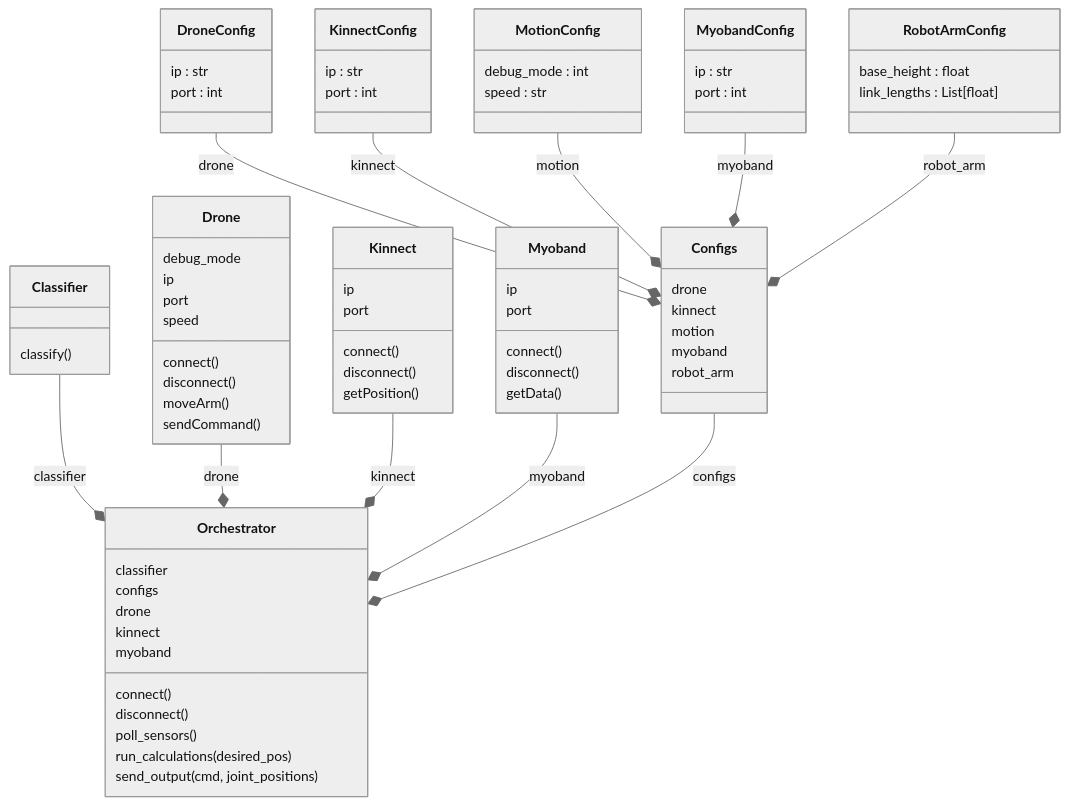
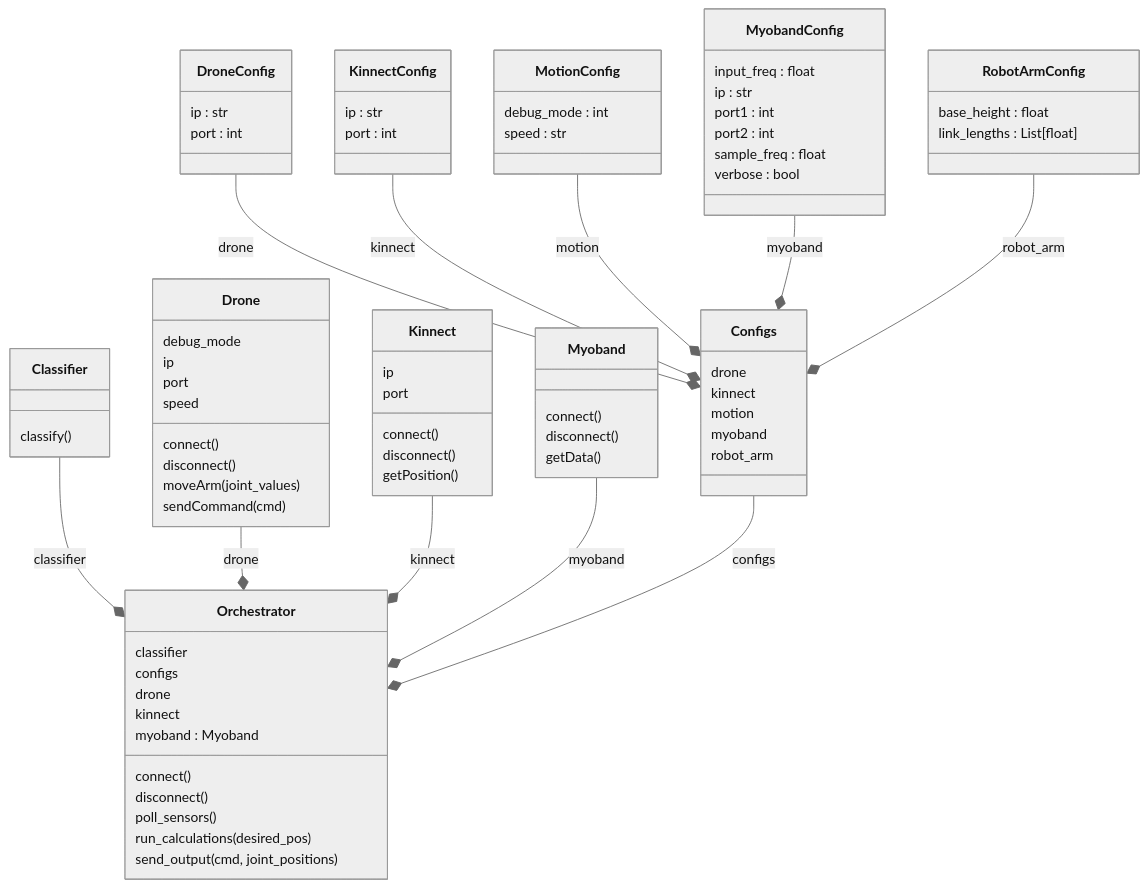
The diagram in classes.mmd (slesser6/myobotanica), drawn with Mermaid (neutral theme) before and after one commit. The commit also changed 1 other file, not shown here.

Commit message:
update diagram

```diff
--- a/classes.mmd
+++ b/classes.mmd
@@ -1,77 +1,79 @@
 classDiagram
   class Classifier {
     classify()
   }
   class Configs {
     drone
     kinnect
     motion
     myoband
     robot_arm
   }
   class Drone {
     debug_mode
     ip
     port
     speed
     connect()
     disconnect()
-    moveArm()
-    sendCommand()
+    moveArm(joint_values)
+    sendCommand(cmd)
   }
   class DroneConfig {
     ip : str
     port : int
   }
   class Kinnect {
     ip
     port
     connect()
     disconnect()
     getPosition()
   }
   class KinnectConfig {
     ip : str
     port : int
   }
   class MotionConfig {
     debug_mode : int
     speed : str
   }
   class Myoband {
-    ip
-    port
     connect()
     disconnect()
     getData()
   }
   class MyobandConfig {
+    input_freq : float
     ip : str
-    port : int
+    port1 : int
+    port2 : int
+    sample_freq : float
+    verbose : bool
   }
   class Orchestrator {
     classifier
     configs
     drone
     kinnect
-    myoband
+    myoband : Myoband
     connect()
     disconnect()
     poll_sensors()
     run_calculations(desired_pos)
     send_output(cmd, joint_positions)
   }
   class RobotArmConfig {
     base_height : float
     link_lengths : List[float]
   }
   Classifier --* Orchestrator : classifier
   Drone --* Orchestrator : drone
   Kinnect --* Orchestrator : kinnect
   Myoband --* Orchestrator : myoband
   Configs --* Orchestrator : configs
   DroneConfig --* Configs : drone
   KinnectConfig --* Configs : kinnect
   MotionConfig --* Configs : motion
   MyobandConfig --* Configs : myoband
   RobotArmConfig --* Configs : robot_arm
```
